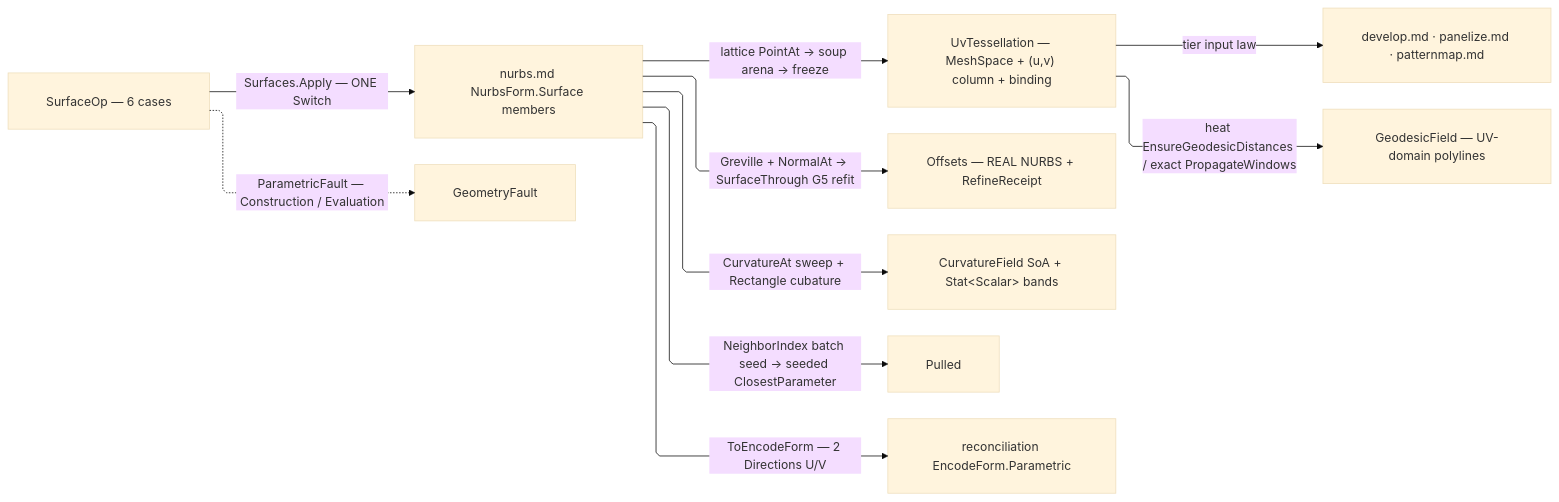
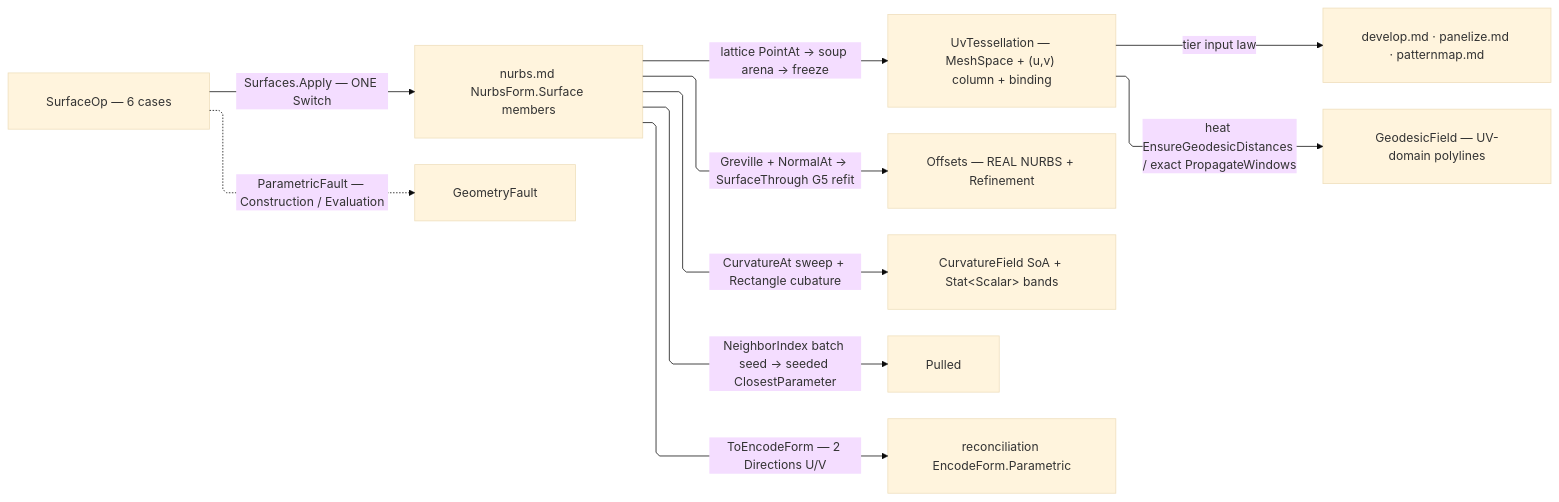
One commit to bsamiee/Rasm changed the diagram in libs/dotnet/Rasm/.planning/Parametric/surface.md. Above: the diagram before and after it, drawn with Mermaid (base theme). The commit also changed other lines of this file and 1417 other files, not shown here.

````diff
--- a/libs/dotnet/Rasm/.planning/Parametric/surface.md
+++ b/libs/dotnet/Rasm/.planning/Parametric/surface.md
@@ -235,21 +235,21 @@
 ```mermaid
 ---
 config:
   layout: elk
   flowchart:
     curve: linear
     padding: 25
 ---
 flowchart LR
     accTitle: Surface op dispatch and result carriers
     accDescr: Surfaces.Apply folds the SurfaceOp cases over nurbs.md engine members into typed SurfaceResult carriers; UvTessellation is the tier seam feeding develop, panelize, and patternmap, and refusals route to GeometryFault.
     Op["SurfaceOp — 6 cases"] -->|"Surfaces.Apply — ONE Switch"| Engine["nurbs.md NurbsForm.Surface members"]
     Engine -->|"lattice PointAt → soup arena → freeze"| UvT["UvTessellation — MeshSpace + (u,v) column + binding"]
     UvT -->|"tier input law"| Consumers["develop.md · panelize.md · patternmap.md"]
     UvT -->|"heat EnsureGeodesicDistances / exact PropagateWindows"| Contours["GeodesicField — UV-domain polylines"]
-    Engine -->|"Greville + NormalAt → SurfaceThrough G5 refit"| Offsets["Offsets — REAL NURBS + RefineReceipt"]
+    Engine -->|"Greville + NormalAt → SurfaceThrough G5 refit"| Offsets["Offsets — REAL NURBS + Refinement"]
     Engine -->|"CurvatureAt sweep + Rectangle cubature"| Field["CurvatureField SoA + Stat&lt;Scalar&gt; bands"]
     Engine -->|"NeighborIndex batch seed → seeded ClosestParameter"| Pulled
     Engine -->|"ToEncodeForm — 2 Directions U/V"| Identity["reconciliation EncodeForm.Parametric"]
     Op -.->|"ParametricFault — Construction / Evaluation"| GeometryFault
 ```
````
